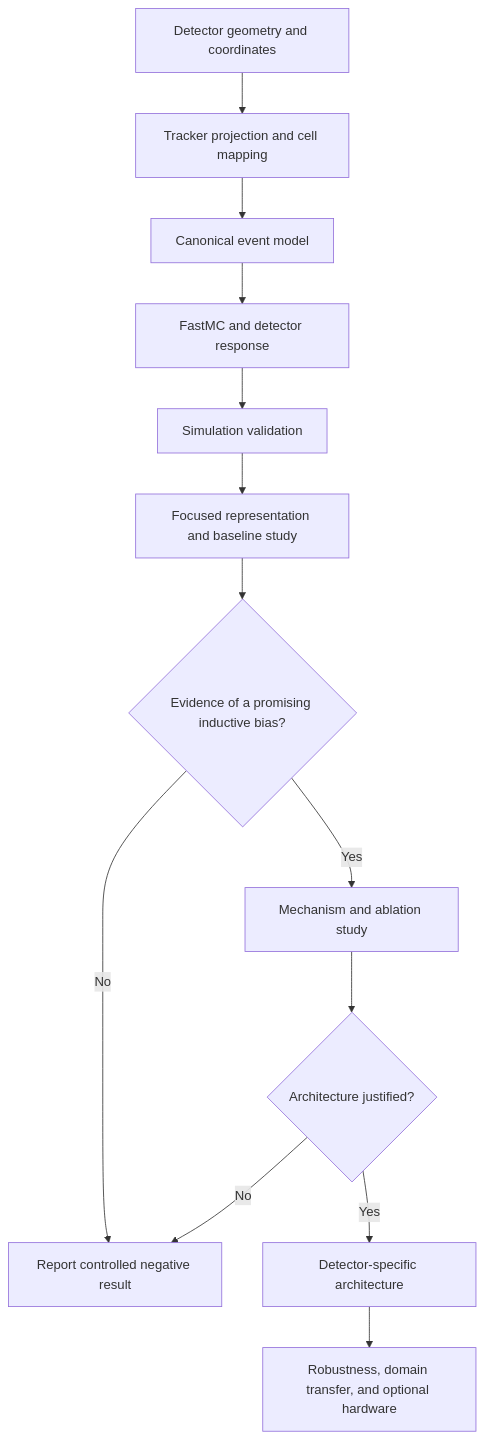
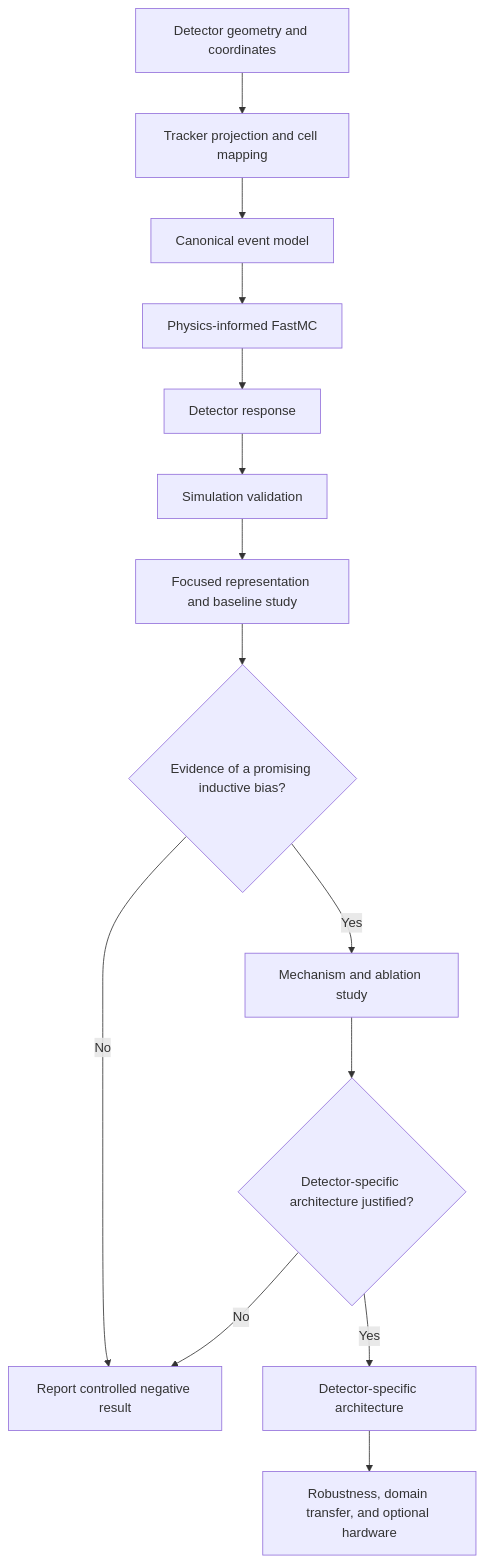
Before and after one commit to Chagatai404/ams-ecal-qml: the diagram in README.md, drawn with Mermaid. The commit also changed other lines of this file and 5 other files, not shown here.

````diff
--- a/README.md
+++ b/README.md
@@ -175,15 +423,16 @@
 ```mermaid
 flowchart TD
     A["Detector geometry and coordinates"] --> B["Tracker projection and cell mapping"]
     B --> C["Canonical event model"]
-    C --> D["FastMC and detector response"]
-    D --> E["Simulation validation"]
-    E --> F["Focused representation and baseline study"]
-    F --> G{"Evidence of a promising inductive bias?"}
-    G -- "No" --> H["Report controlled negative result"]
-    G -- "Yes" --> I["Mechanism and ablation study"]
-    I --> J{"Architecture justified?"}
-    J -- "No" --> H
-    J -- "Yes" --> K["Detector-specific architecture"]
-    K --> L["Robustness, domain transfer, and optional hardware"]
+    C --> D["Physics-informed FastMC"]
+    D --> E["Detector response"]
+    E --> F["Simulation validation"]
+    F --> G["Focused representation and baseline study"]
+    G --> H{"Evidence of a promising inductive bias?"}
+    H -- "No" --> I["Report controlled negative result"]
+    H -- "Yes" --> J["Mechanism and ablation study"]
+    J --> K{"Detector-specific architecture justified?"}
+    K -- "No" --> I
+    K -- "Yes" --> L["Detector-specific architecture"]
+    L --> M["Robustness, domain transfer, and optional hardware"]
 ```
````
